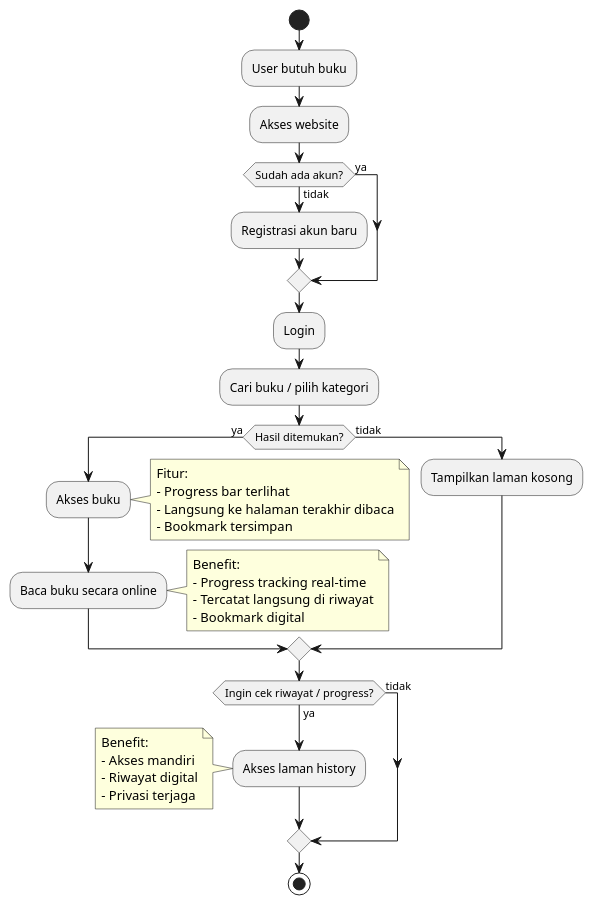
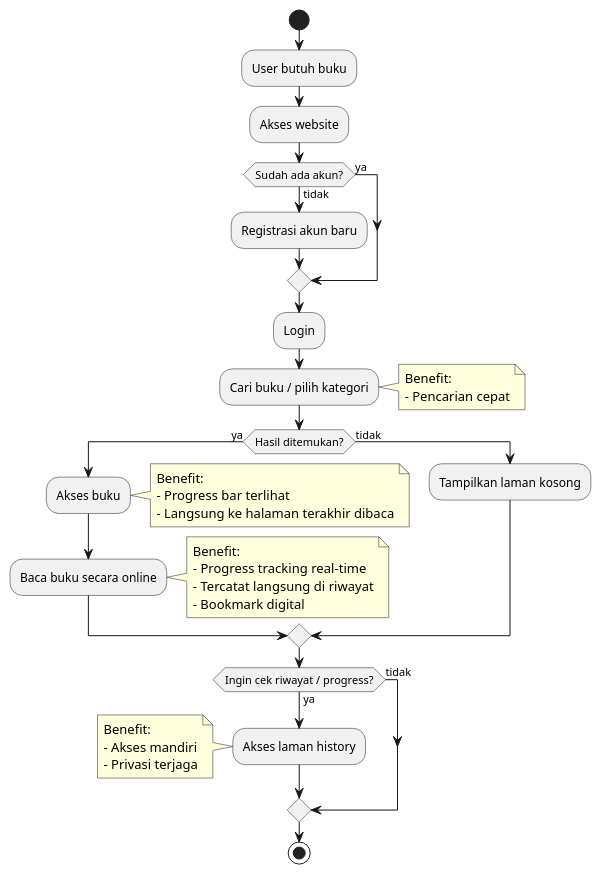
The diagram in docs/diagram_activity_analysis_proposed_system.puml (robifr/alexandria), drawn with PlantUML before and after one commit. The commit also changed 2 other files, not shown here.

Commit message:
update diagram docs

```diff
--- a/docs/diagram_activity_analysis_proposed_system.puml
+++ b/docs/diagram_activity_analysis_proposed_system.puml
@@ -4,41 +4,43 @@
 @startuml
 start
 :User butuh buku;
 :Akses website;
 if (Sudah ada akun?) then (ya)
 else (tidak)
   :Registrasi akun baru;
 endif
 :Login;
 
 :Cari buku / pilih kategori;
+note right
+  Benefit:
+  - Pencarian cepat
+end note
 if (Hasil ditemukan?) then (ya)
   :Akses buku;
   note right
-    Fitur:
+    Benefit:
     - Progress bar terlihat
     - Langsung ke halaman terakhir dibaca
-    - Bookmark tersimpan
   end note
   :Baca buku secara online;
   note right
     Benefit:
     - Progress tracking real-time
     - Tercatat langsung di riwayat
     - Bookmark digital
   end note
 else (tidak)
   :Tampilkan laman kosong;
 endif
 if (Ingin cek riwayat / progress?) then (ya)
     :Akses laman history;
     note left
       Benefit:
       - Akses mandiri
-      - Riwayat digital
       - Privasi terjaga
     end note
 else (tidak)
 endif
 stop
 @enduml
```
